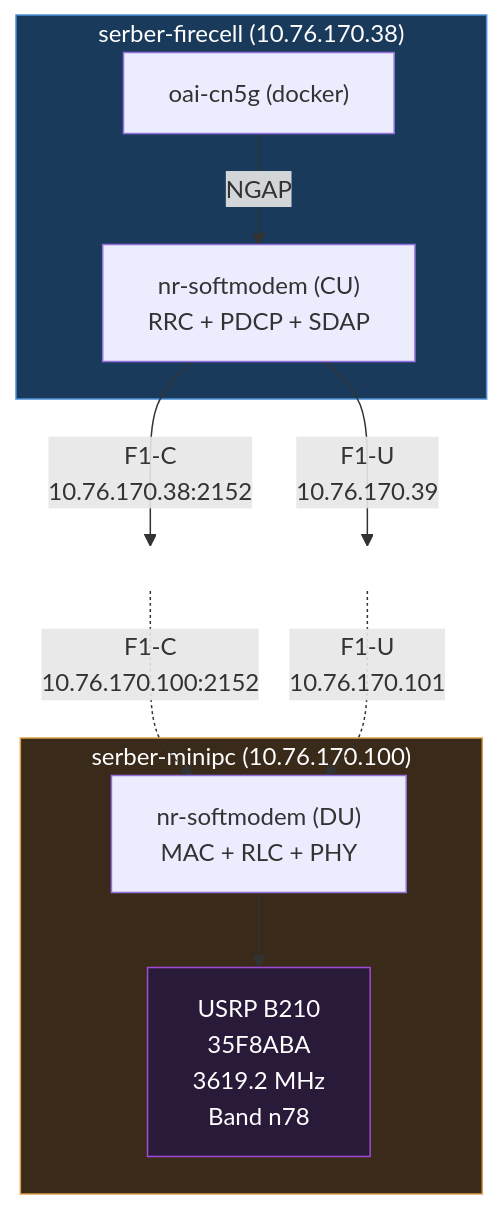
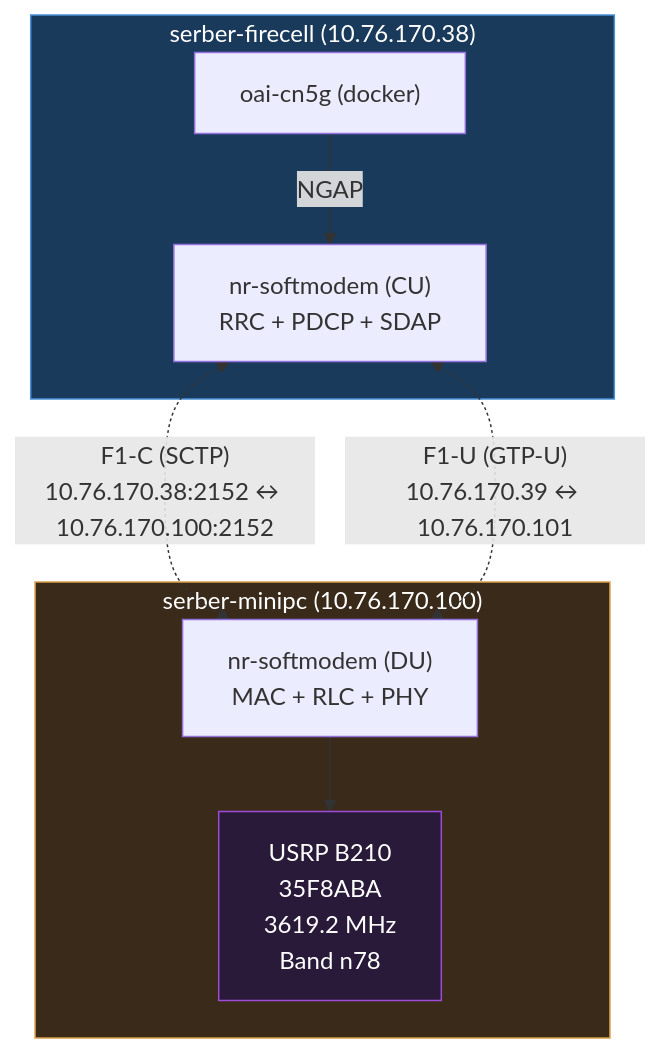
Before and after one commit to promaaa/cu-du: the diagram in README.md, drawn with Mermaid.

Commit message:
Simplify topology diagram: remove duplicate F1 nodes, use bidirectional links directly between CU and DU

````diff
--- a/README.md
+++ b/README.md
@@ -12,26 +12,21 @@
 ```mermaid
 flowchart TB
     subgraph CN["serber-firecell (10.76.170.38)"]
         CN_container["oai-cn5g (docker)"]
         CU["nr-softmodem (CU)<br/>RRC + PDCP + SDAP"]
         CN_container -->|"NGAP"| CU
     end
 
-    CU -->|"F1-C<br/>10.76.170.38:2152"| F1C[" "]
-    CU -->|"F1-U<br/>10.76.170.39"| F1U[" "]
-
     subgraph DU["serber-minipc (10.76.170.100)"]
         DU_process["nr-softmodem (DU)<br/>MAC + RLC + PHY"]
         USRP["USRP B210<br/>35F8ABA<br/>3619.2 MHz<br/>Band n78"]
         DU_process --> USRP
     end
 
-    F1C -.->|"F1-C<br/>10.76.170.100:2152"| DU_process
-    F1U -.->|"F1-U<br/>10.76.170.101"| DU_process
+    CU <-.->|"F1-C (SCTP)<br/>10.76.170.38:2152 ↔ 10.76.170.100:2152"| DU_process
+    CU <-.->|"F1-U (GTP-U)<br/>10.76.170.39 ↔ 10.76.170.101"| DU_process
 
     style CN fill:#1a3a5c,stroke:#4a90d9,color:#fff
     style DU fill:#3a2a1a,stroke:#d9a04a,color:#fff
     style USRP fill:#2a1a3a,stroke:#a04ad9,color:#fff
-    style F1C fill:transparent,stroke:transparent
-    style F1U fill:transparent,stroke:transparent
 ```
````
